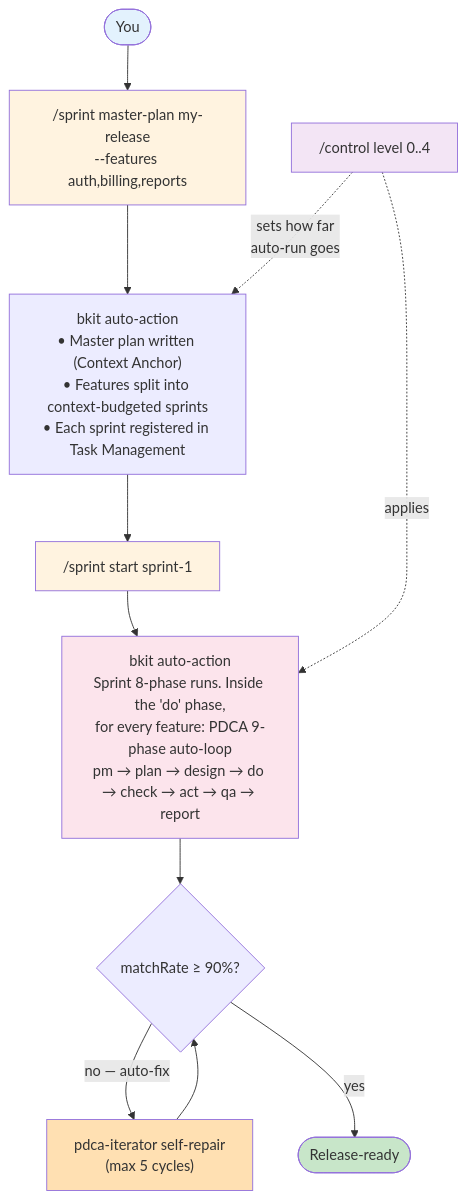
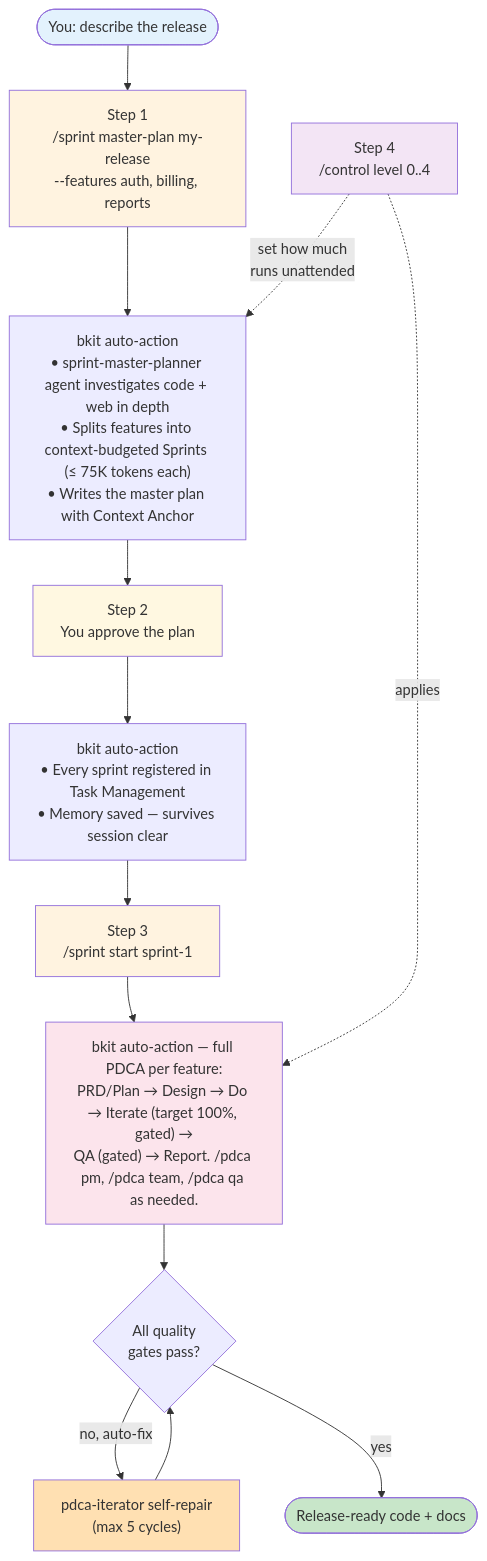
Before and after one commit to Stars1233/bkit-claude-code: the diagram in README.md, drawn with Mermaid. The commit also changed other lines of this file and 1 other file, not shown here.

First line of the commit message:
docs(v2.1.13): README + README-FULL rewrite for vibe coders / non-developers

````diff
--- a/README.md
+++ b/README.md
@@ -26,22 +39,25 @@
 ```mermaid
 flowchart TB
-    You(["You"])
-    You --> SM["/sprint master-plan my-release<br/>--features auth,billing,reports"]
-    SM --> Auto1["bkit auto-action<br/>• Master plan written (Context Anchor)<br/>• Features split into context-budgeted sprints<br/>• Each sprint registered in Task Management"]
-    Auto1 --> SS["/sprint start sprint-1"]
-    SS --> Auto2["bkit auto-action<br/>Sprint 8-phase runs. Inside the 'do' phase,<br/>for every feature: PDCA 9-phase auto-loop<br/>pm → plan → design → do → check → act → qa → report"]
-    Auto2 --> Gate{"matchRate &ge; 90%?"}
-    Gate -- "no — auto-fix" --> Iter["pdca-iterator self-repair<br/>(max 5 cycles)"]
-    Iter --> Gate
-    Gate -- "yes" --> Done(["Release-ready"])
-    Ctrl["/control level 0..4"] -.->|"sets how far<br/>auto-run goes"| Auto1
-    Ctrl -.->|"applies"| Auto2
+    You(["You: describe the release"])
+    You --> S1["Step 1<br/>/sprint master-plan my-release<br/>--features auth, billing, reports"]
+    S1 --> Auto1["bkit auto-action<br/>• sprint-master-planner agent investigates code + web in depth<br/>• Splits features into context-budgeted Sprints (&le; 75K tokens each)<br/>• Writes the master plan with Context Anchor"]
+    Auto1 --> S2["Step 2<br/>You approve the plan"]
+    S2 --> Auto2["bkit auto-action<br/>• Every sprint registered in Task Management<br/>• Memory saved — survives session clear"]
+    Auto2 --> S3["Step 3<br/>/sprint start sprint-1"]
+    S3 --> Auto3["bkit auto-action — full PDCA per feature:<br/>PRD/Plan → Design → Do → Iterate (target 100%, gated) →<br/>QA (gated) → Report. /pdca pm, /pdca team, /pdca qa as needed."]
+    Auto3 --> Gate{"All quality<br/>gates pass?"}
+    Gate -- "no, auto-fix" --> Repair["pdca-iterator self-repair<br/>(max 5 cycles)"]
+    Repair --> Gate
+    Gate -- "yes" --> Done(["Release-ready code + docs"])
+    Ctrl["Step 4<br/>/control level 0..4"] -.->|"set how much<br/>runs unattended"| Auto1
+    Ctrl -.->|"applies"| Auto3
 
     style You fill:#e3f2fd
-    style SM fill:#fff3e0
-    style SS fill:#fff3e0
-    style Auto2 fill:#fce4ec
-    style Iter fill:#ffe0b2
+    style S1 fill:#fff3e0
+    style S2 fill:#fff8e1
+    style S3 fill:#fff3e0
+    style Auto3 fill:#fce4ec
+    style Repair fill:#ffe0b2
     style Done fill:#c8e6c9
     style Ctrl fill:#f3e5f5
 ```
````
